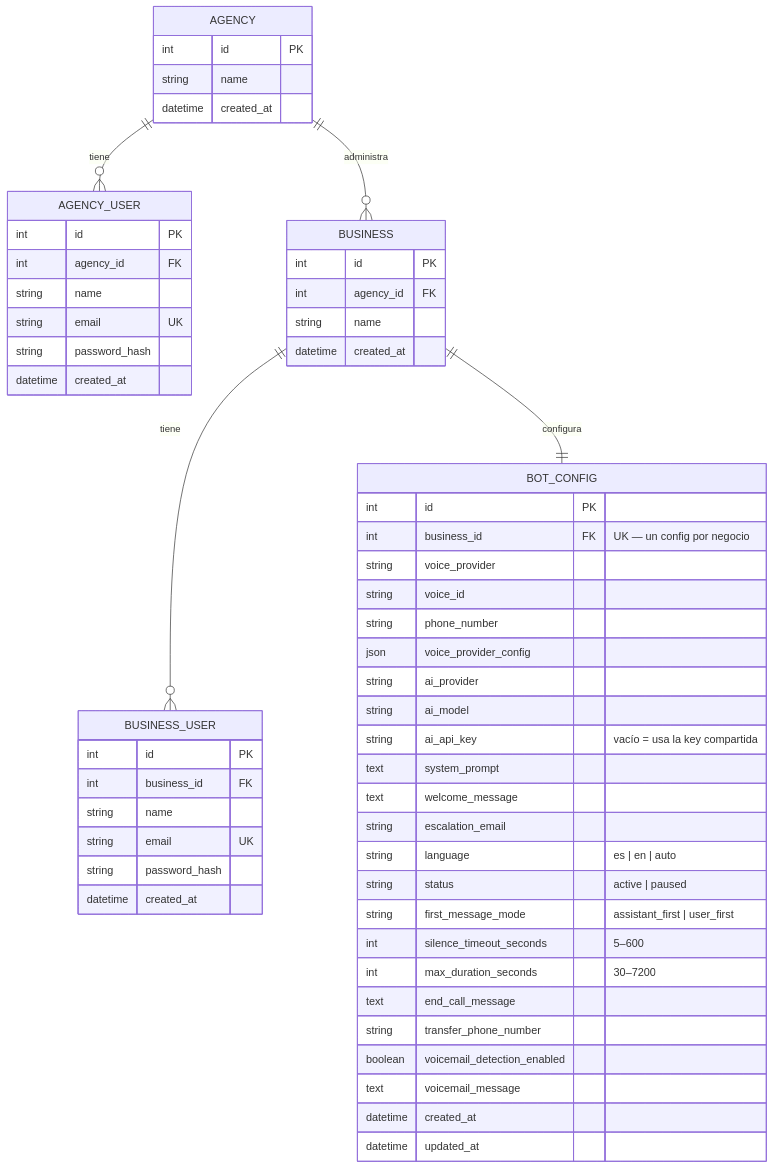
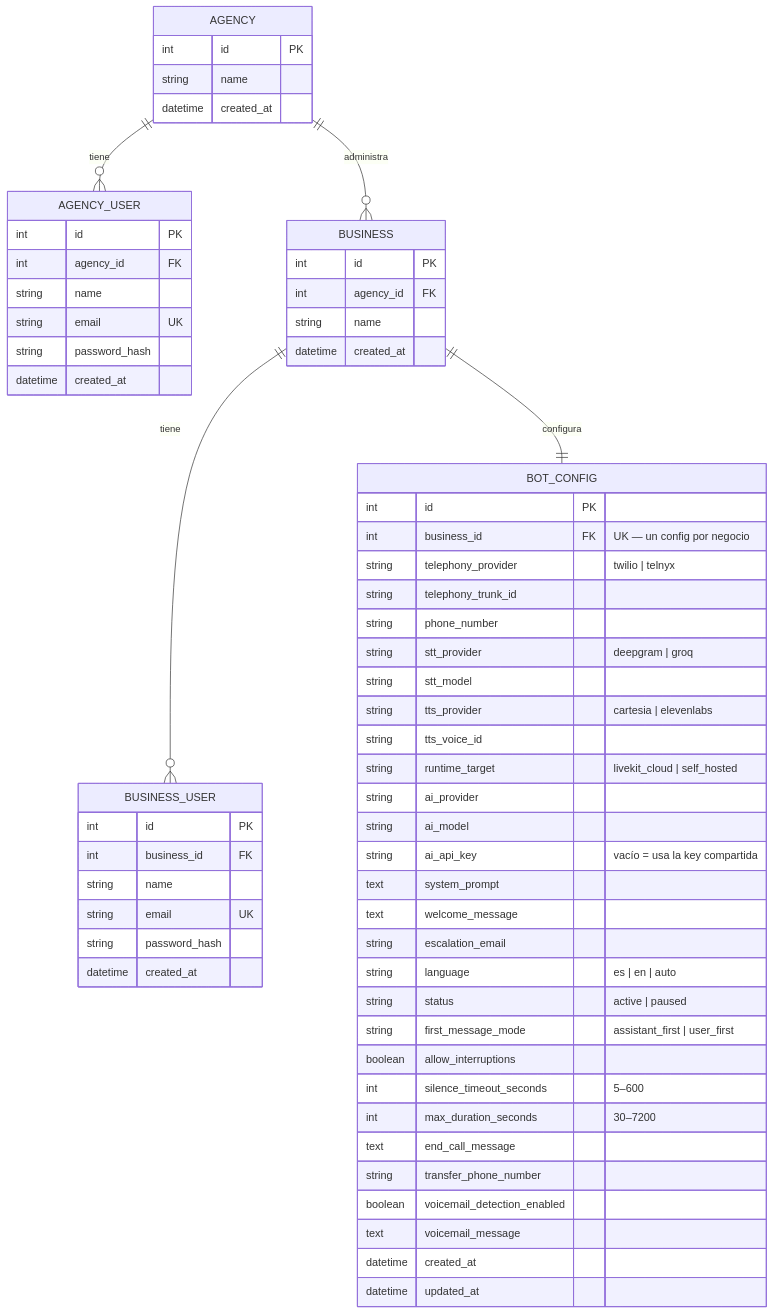
Before and after one commit to RISOSDIGITALES/PROYECTO_SOL: the diagram in vox54/README.md, drawn with Mermaid. The commit also changed other lines of this file and 14 other files, not shown here.

````diff
--- a/vox54/README.md
+++ b/vox54/README.md
@@ -29,60 +37,65 @@
 ```mermaid
 erDiagram
     AGENCY ||--o{ AGENCY_USER : "tiene"
     AGENCY ||--o{ BUSINESS : "administra"
     BUSINESS ||--o{ BUSINESS_USER : "tiene"
     BUSINESS ||--|| BOT_CONFIG : "configura"
 
     AGENCY {
         int id PK
         string name
         datetime created_at
     }
     AGENCY_USER {
         int id PK
         int agency_id FK
         string name
         string email UK
         string password_hash
         datetime created_at
     }
     BUSINESS {
         int id PK
         int agency_id FK
         string name
         datetime created_at
     }
     BUSINESS_USER {
         int id PK
         int business_id FK
         string name
         string email UK
         string password_hash
         datetime created_at
     }
     BOT_CONFIG {
         int id PK
         int business_id FK "UK — un config por negocio"
-        string voice_provider
-        string voice_id
+        string telephony_provider "twilio | telnyx"
+        string telephony_trunk_id
         string phone_number
-        json voice_provider_config
+        string stt_provider "deepgram | groq"
+        string stt_model
+        string tts_provider "cartesia | elevenlabs"
+        string tts_voice_id
+        string runtime_target "livekit_cloud | self_hosted"
         string ai_provider
         string ai_model
         string ai_api_key "vacío = usa la key compartida"
         text system_prompt
         text welcome_message
         string escalation_email
         string language "es | en | auto"
         string status "active | paused"
         string first_message_mode "assistant_first | user_first"
+        boolean allow_interruptions
         int silence_timeout_seconds "5–600"
         int max_duration_seconds "30–7200"
         text end_call_message
         string transfer_phone_number
         boolean voicemail_detection_enabled
         text voicemail_message
         datetime created_at
         datetime updated_at
     }
 ```
````
